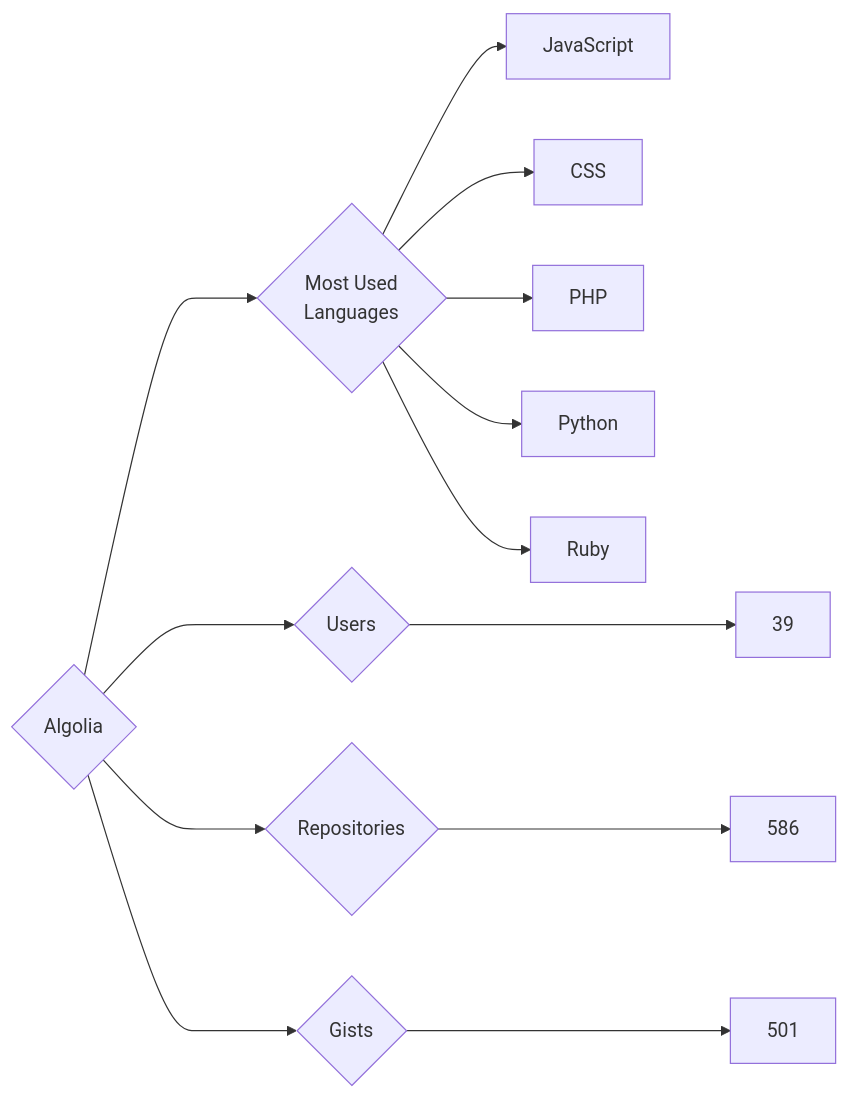
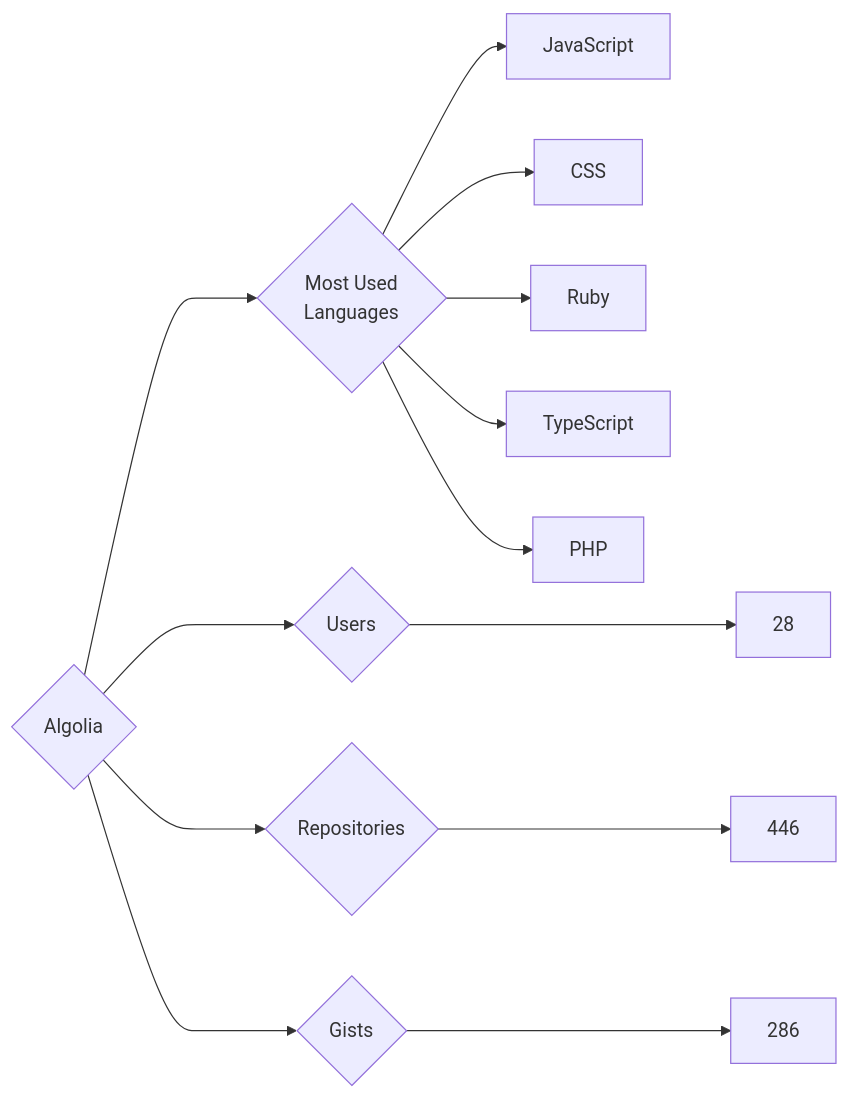
Before and after one commit to trickest/insiders: the diagram in targets/Algolia/README.md, drawn with Mermaid. The commit also changed 845 other files, not shown here.

````diff
--- a/targets/Algolia/README.md
+++ b/targets/Algolia/README.md
@@ -3,13 +3,13 @@
 ```mermaid
 graph LR
 COMPANY_NAME{Algolia}
-COMPANY_NAME ---> U{Users} ---> UN[39]
-COMPANY_NAME ---> R{Repositories} ---> RN[586]
-COMPANY_NAME ---> G{Gists} ---> GN[501]
+COMPANY_NAME ---> U{Users} ---> UN[28]
+COMPANY_NAME ---> R{Repositories} ---> RN[446]
+COMPANY_NAME ---> G{Gists} ---> GN[286]
 COMPANY_NAME ---> ML{Most Used<br>Languages}
 ML --> JavaScript[JavaScript]
 ML --> CSS[CSS]
+ML --> Ruby[Ruby]
+ML --> TypeScript[TypeScript]
 ML --> PHP[PHP]
-ML --> Python[Python]
-ML --> Ruby[Ruby]
 ```
````
